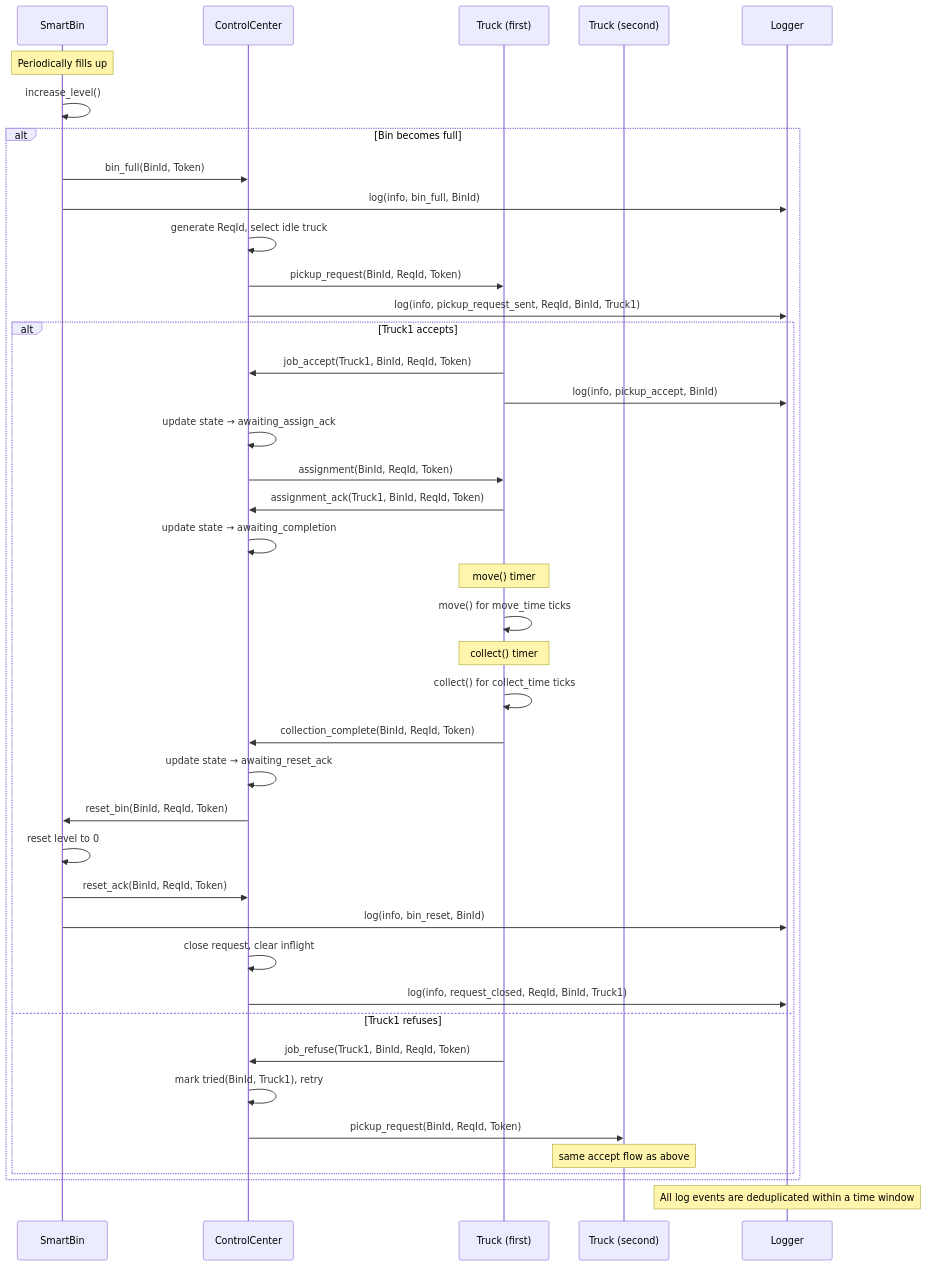
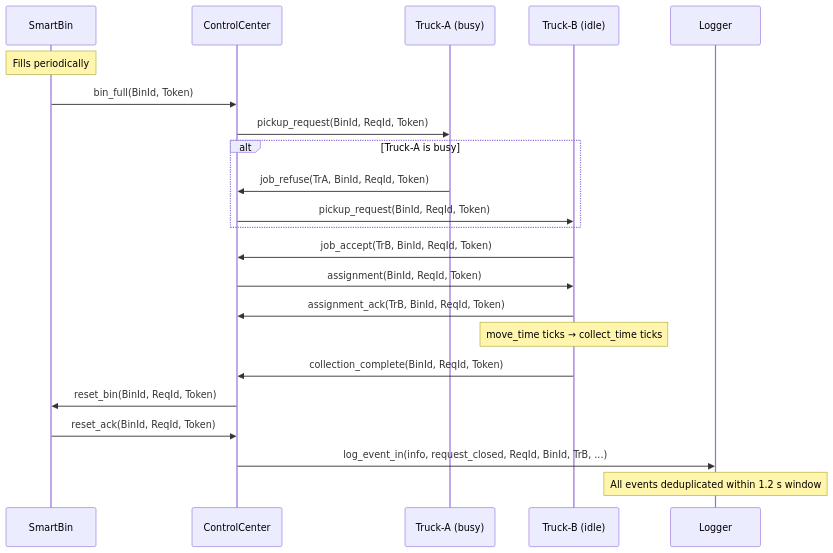
Before and after one commit to Lokwo12/SWMS_MAS_System: the diagram in README.md, drawn with Mermaid. The commit also changed other lines of this file, not shown here.

````diff
--- a/README.md
+++ b/README.md
@@ -158,47 +58,30 @@
 ```mermaid
 sequenceDiagram
     participant Bin as SmartBin
     participant CC as ControlCenter
-    participant Truck1 as Truck (first)
-    participant Truck2 as Truck (second)
-    participant Logger
+    participant TrA as Truck-A (busy)
+    participant TrB as Truck-B (idle)
+    participant Log as Logger
 
-    Note over Bin: Periodically fills up
-    Bin->>Bin: increase_level()
-    alt Bin becomes full
-        Bin->>CC: bin_full(BinId, Token)
-        Bin->>Logger: log(info, bin_full, BinId)
-        CC->>CC: generate ReqId, select idle truck
-        CC->>Truck1: pickup_request(BinId, ReqId, Token)
-        CC->>Logger: log(info, pickup_request_sent, ReqId, BinId, Truck1)
+    Note over Bin: Fills periodically
+    Bin->>CC: bin_full(BinId, Token)
+    CC->>TrA: pickup_request(BinId, ReqId, Token)
 
-        alt Truck1 accepts
-            Truck1->>CC: job_accept(Truck1, BinId, ReqId, Token)
-            Truck1->>Logger: log(info, pickup_accept, BinId)
-            CC->>CC: update state → awaiting_assign_ack
-            CC->>Truck1: assignment(BinId, ReqId, Token)
-            Truck1->>CC: assignment_ack(Truck1, BinId, ReqId, Token)
-            CC->>CC: update state → awaiting_completion
-            Note over Truck1: move() timer
-            Truck1->>Truck1: move() for move_time ticks
-            Note over Truck1: collect() timer
-            Truck1->>Truck1: collect() for collect_time ticks
-            Truck1->>CC: collection_complete(BinId, ReqId, Token)
-            CC->>CC: update state → awaiting_reset_ack
-            CC->>Bin: reset_bin(BinId, ReqId, Token)
-            Bin->>Bin: reset level to 0
-            Bin->>CC: reset_ack(BinId, ReqId, Token)
-            Bin->>Logger: log(info, bin_reset, BinId)
-            CC->>CC: close request, clear inflight
-            CC->>Logger: log(info, request_closed, ReqId, BinId, Truck1)
-
-        else Truck1 refuses
-            Truck1->>CC: job_refuse(Truck1, BinId, ReqId, Token)
-            CC->>CC: mark tried(BinId, Truck1), retry
-            CC->>Truck2: pickup_request(BinId, ReqId, Token)
-            Note over Truck2: same accept flow as above
-        end
+    alt Truck-A is busy
+        TrA->>CC: job_refuse(TrA, BinId, ReqId, Token)
+        CC->>TrB: pickup_request(BinId, ReqId, Token)
     end
 
-    Note over Logger: All log events are deduplicated within a time window
+    TrB->>CC: job_accept(TrB, BinId, ReqId, Token)
+    CC->>TrB: assignment(BinId, ReqId, Token)
+    TrB->>CC: assignment_ack(TrB, BinId, ReqId, Token)
+
+    Note over TrB: move_time ticks → collect_time ticks
+
+    TrB->>CC: collection_complete(BinId, ReqId, Token)
+    CC->>Bin: reset_bin(BinId, ReqId, Token)
+    Bin->>CC: reset_ack(BinId, ReqId, Token)
+    CC->>Log: log_event_in(info, request_closed, ReqId, BinId, TrB, ...)
+
+    Note over Log: All events deduplicated within 1.2 s window
 ```
````
